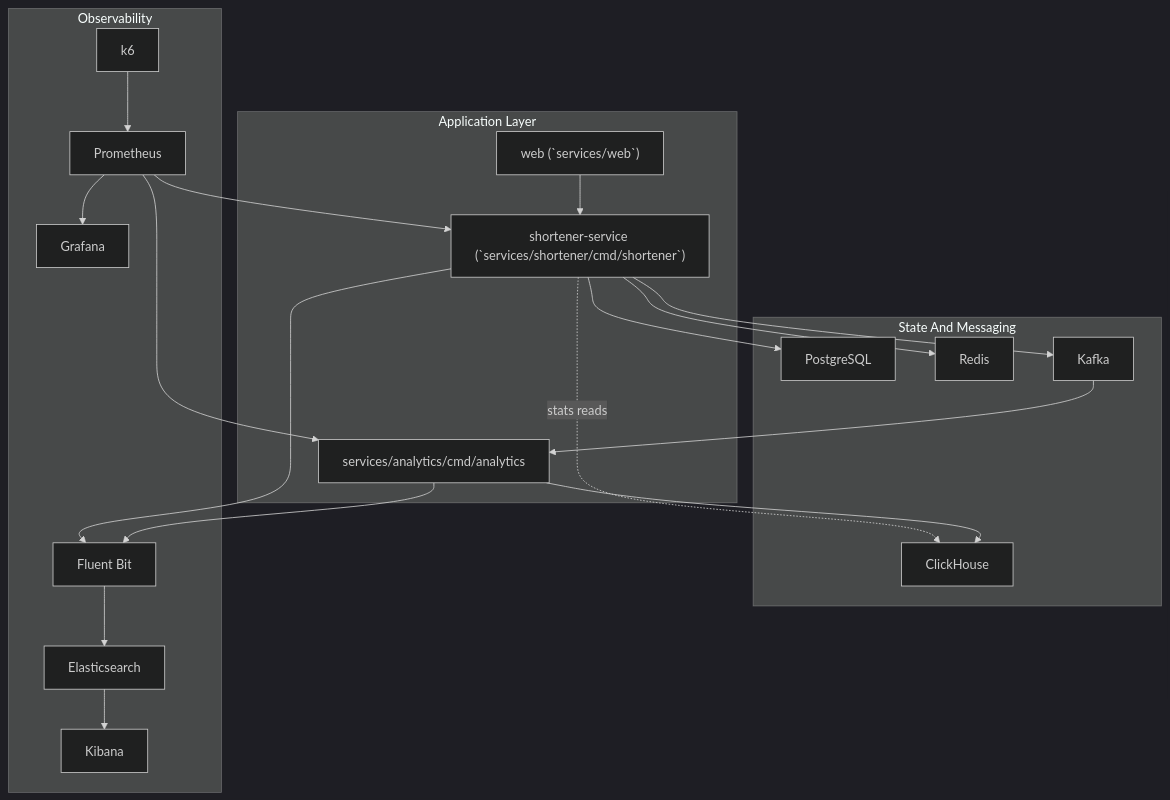
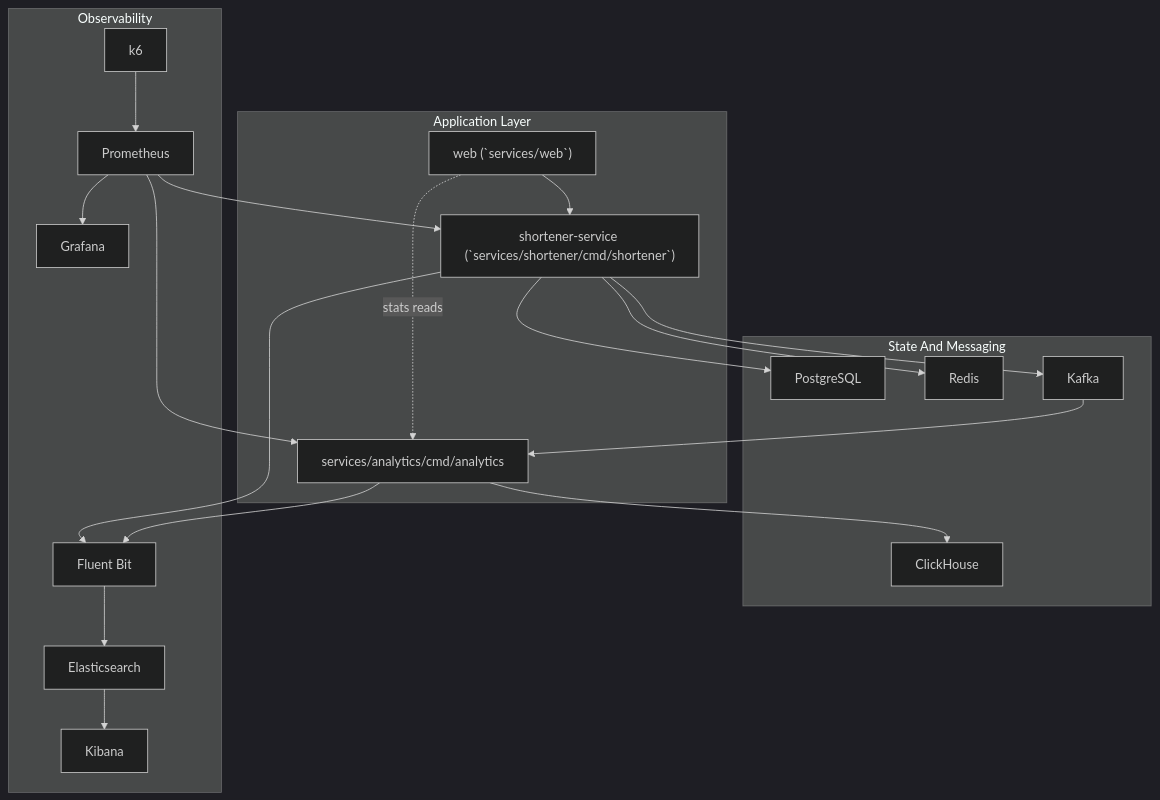
One commit to fev0ks/sandbox_url_shortener changed the third of 7 diagrams in docs/system_design.md. Above: the diagram before and after it, drawn with Mermaid (dark theme). The commit also changed other lines of this file and 31 other files, not shown here.

Commit message:
feat(analytics): add clickhouse-backed stats pipeline

````diff
--- a/docs/system_design.md
+++ b/docs/system_design.md
@@ -158,42 +158,42 @@
 ```mermaid
 flowchart TB
     subgraph app["Application Layer"]
         shortener["shortener-service (`services/shortener/cmd/shortener`)"]
         web["web (`services/web`)"]
         analytics["services/analytics/cmd/analytics"]
     end
 
     subgraph state["State And Messaging"]
         pg["PostgreSQL"]
         redis["Redis"]
         kafka["Kafka"]
         ch["ClickHouse"]
     end
 
     subgraph obs["Observability"]
         k6["k6"]
         shipper["Fluent Bit"]
         es["Elasticsearch"]
         kibana["Kibana"]
         prom["Prometheus"]
         grafana["Grafana"]
     end
 
     web --> shortener
     shortener --> pg
     shortener --> redis
     shortener --> kafka
-    shortener -.->|stats reads| ch
+    web -.->|stats reads| analytics
     kafka --> analytics
     analytics --> ch
 
     prom --> shortener
     prom --> analytics
     k6 --> prom
     prom --> grafana
 
     shortener --> shipper
     analytics --> shipper
     shipper --> es
     es --> kibana
 ```
````
